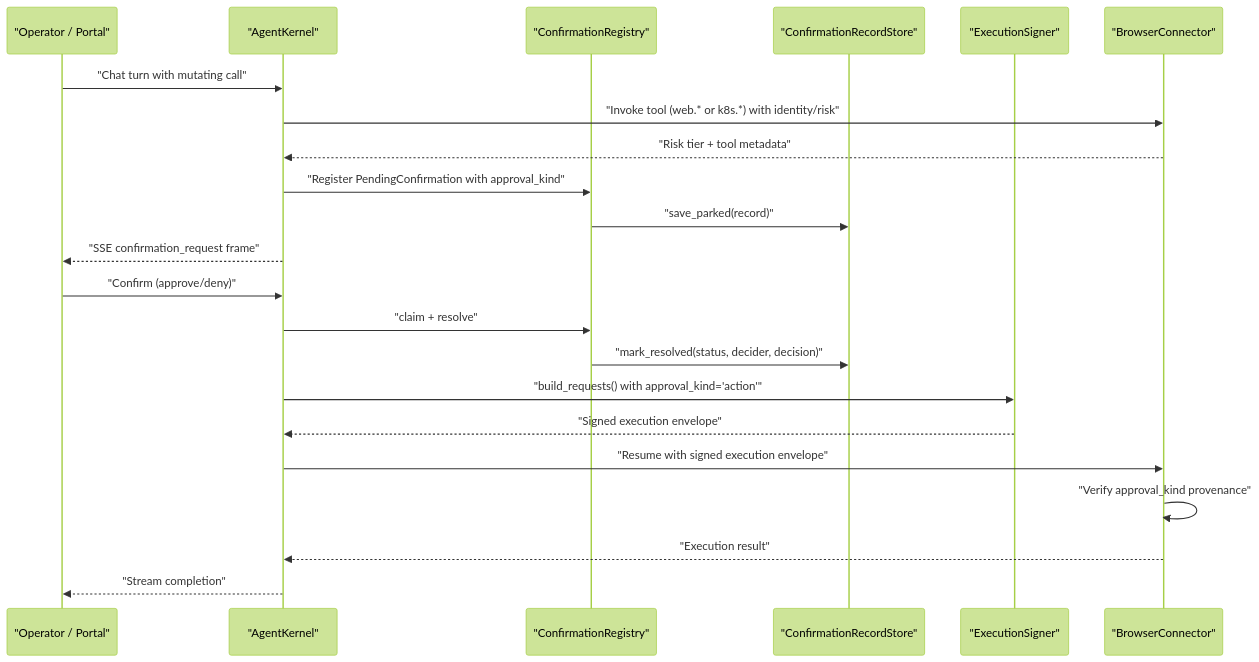
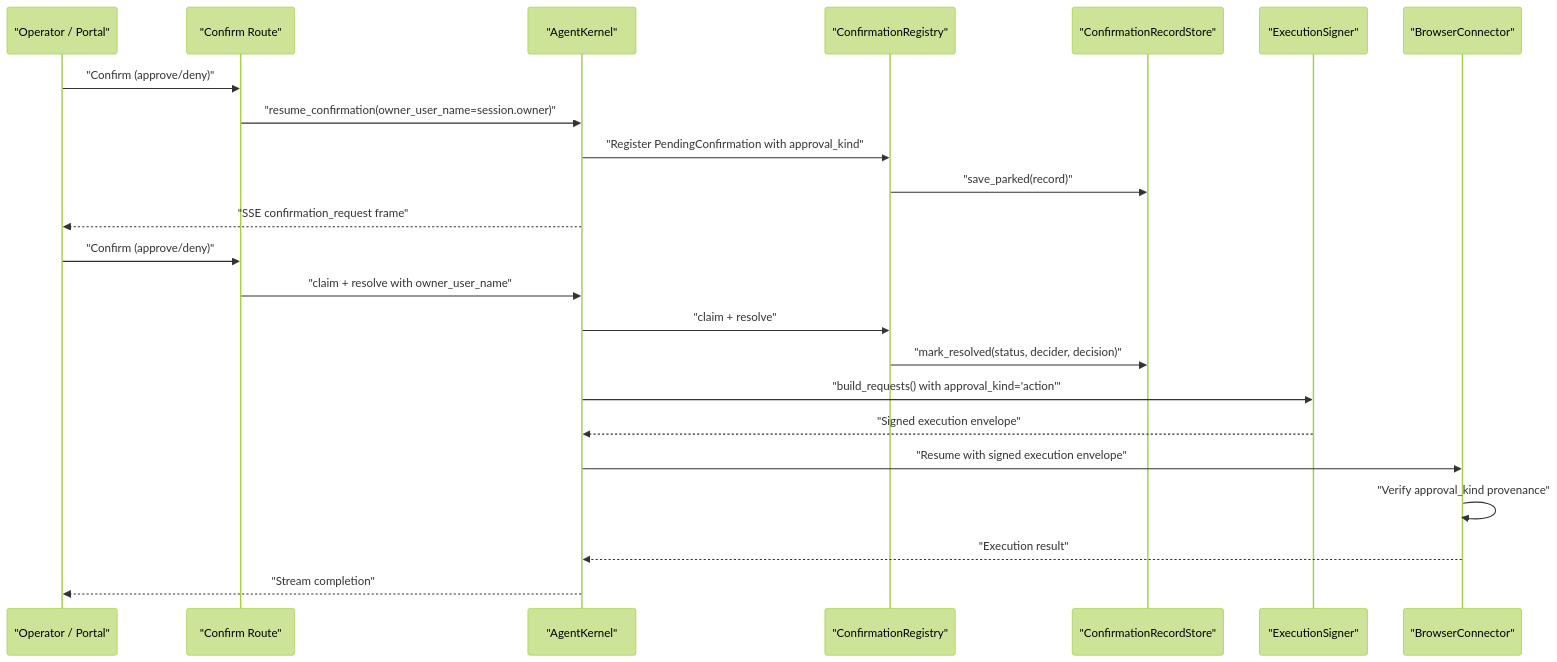
The second of 9 diagrams in .qoder/repowiki/en/content/Architecture Documentation/SPEC-054_ Action-Level Approval and Change Request Card.md (metasync/luban-aiops), drawn with Mermaid (forest theme) before and after one commit. The commit also changed other lines of this file and 13 other files, not shown here.

````diff
--- a/.qoder/repowiki/en/content/Architecture Documentation/SPEC-054_ Action-Level Approval and Change Request Card.md
+++ b/.qoder/repowiki/en/content/Architecture Documentation/SPEC-054_ Action-Level Approval and Change Request Card.md
@@ -112,24 +118,25 @@
 ```mermaid
 sequenceDiagram
 participant Client as "Operator / Portal"
+participant Routes as "Confirm Route"
 participant Kernel as "AgentKernel"
 participant Registry as "ConfirmationRegistry"
 participant Store as "ConfirmationRecordStore"
 participant Signer as "ExecutionSigner"
 participant GW as "BrowserConnector"
-Client->>Kernel : "Chat turn with mutating call"
-Kernel->>GW : "Invoke tool (web.* or k8s.*) with identity/risk"
-GW-->>Kernel : "Risk tier + tool metadata"
+Client->>Routes : "Confirm (approve/deny)"
+Routes->>Kernel : "resume_confirmation(owner_user_name=session.owner)"
 Kernel->>Registry : "Register PendingConfirmation with approval_kind"
 Registry->>Store : "save_parked(record)"
 Kernel-->>Client : "SSE confirmation_request frame"
-Client->>Kernel : "Confirm (approve/deny)"
+Client->>Routes : "Confirm (approve/deny)"
+Routes->>Kernel : "claim + resolve with owner_user_name"
 Kernel->>Registry : "claim + resolve"
 Registry->>Store : "mark_resolved(status, decider, decision)"
 Kernel->>Signer : "build_requests() with approval_kind='action'"
 Signer-->>Kernel : "Signed execution envelope"
 Kernel->>GW : "Resume with signed execution envelope"
 GW->>GW : "Verify approval_kind provenance"
 GW-->>Kernel : "Execution result"
 Kernel-->>Client : "Stream completion"
 ```
````
